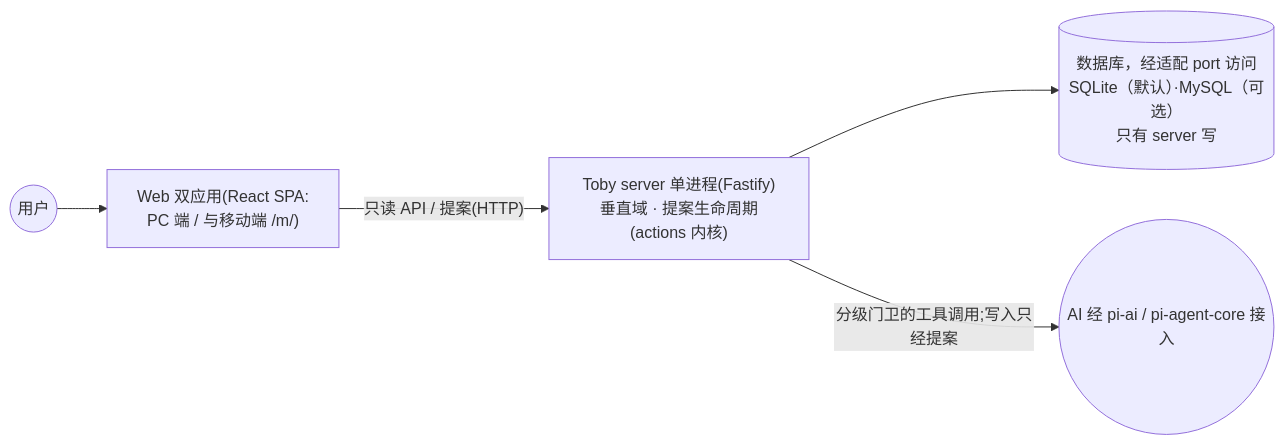
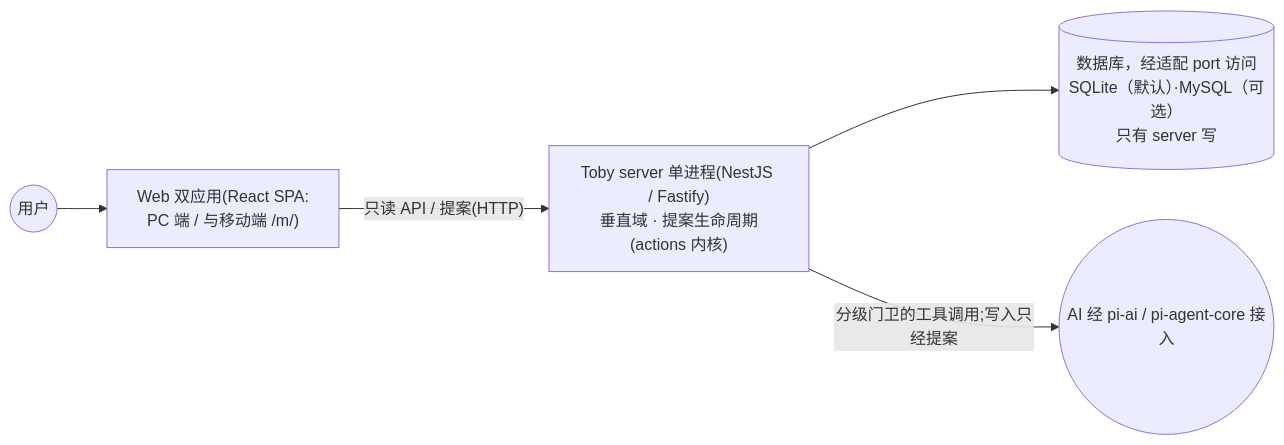
Before and after one commit to dengyusys/toby: the first of 3 diagrams in docs/system-overview.zh.md, drawn with Mermaid. The commit also changed other lines of this file and 39 other files, not shown here.

````diff
--- a/docs/system-overview.zh.md
+++ b/docs/system-overview.zh.md
@@ -23,7 +23,7 @@
 ```mermaid
 flowchart LR
     U(("用户")) --> W["Web 双应用(React SPA:<br/>PC 端 / 与移动端 /m/)"]
-    W -->|"只读 API / 提案(HTTP)"| S["Toby server 单进程(Fastify)<br/>垂直域 · 提案生命周期(actions 内核)"]
+    W -->|"只读 API / 提案(HTTP)"| S["Toby server 单进程(NestJS / Fastify)<br/>垂直域 · 提案生命周期(actions 内核)"]
     S --> DB[("数据库，经适配 port 访问<br/>SQLite（默认）·MySQL（可选）<br/>只有 server 写")]
     S -->|"分级门卫的工具调用;写入只经提案"| AI(("AI 经 pi-ai / pi-agent-core 接入"))
 ```
````
